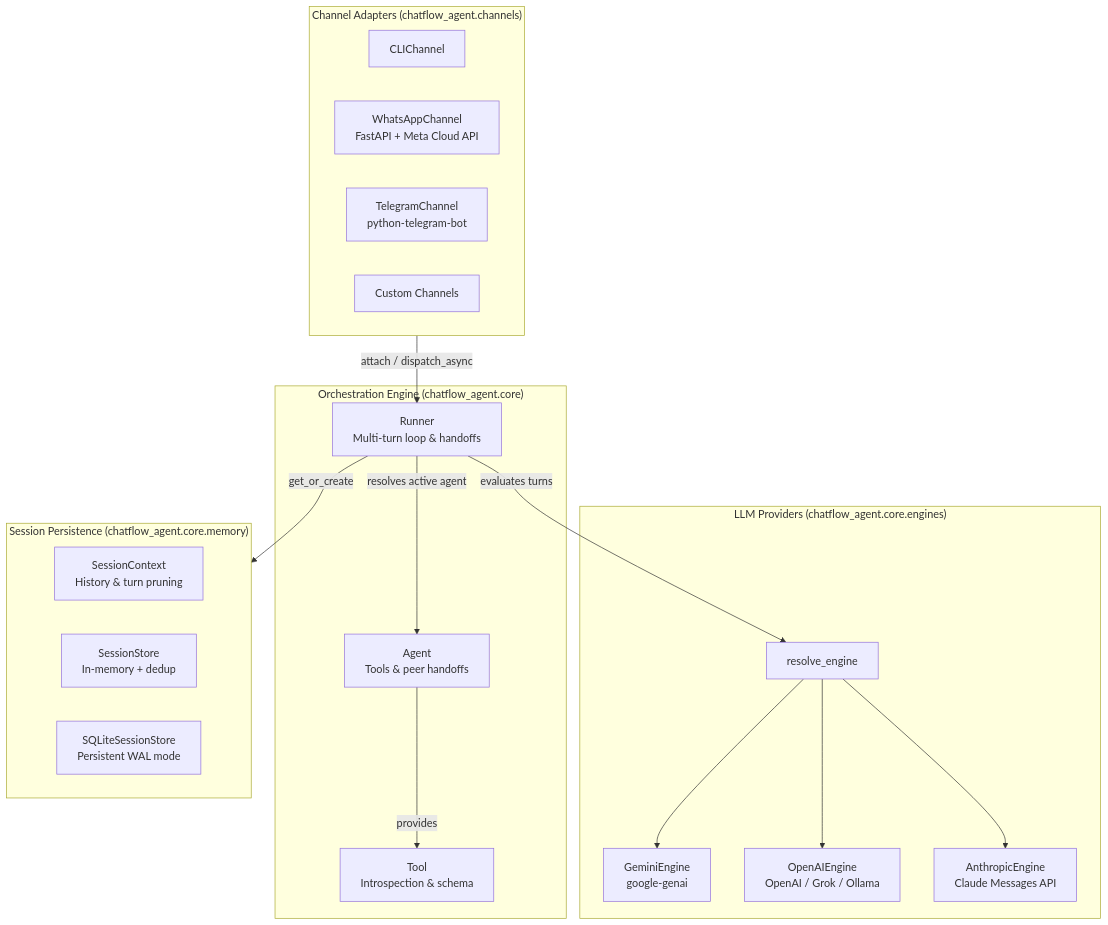
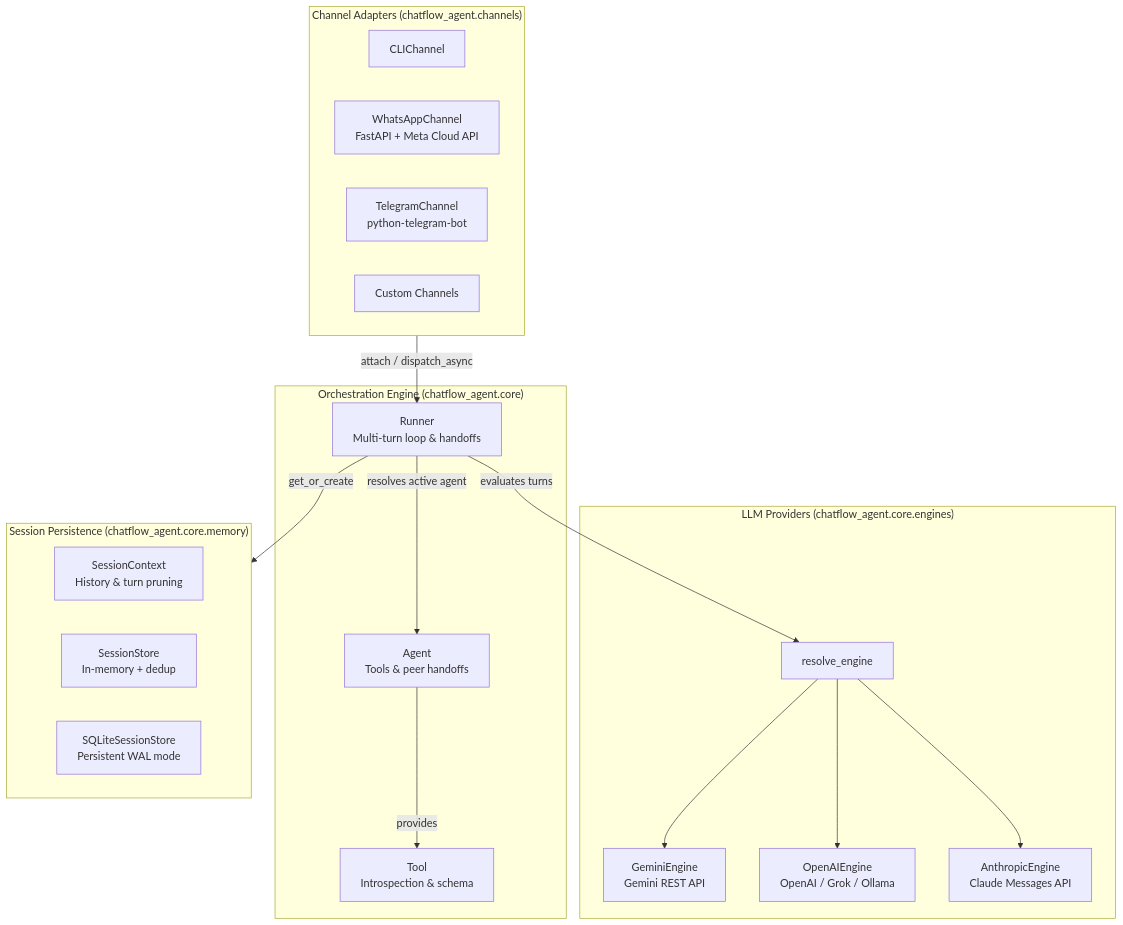
One commit to Aaqibhafeezkhan/chatflow-agent changed the first of 2 diagrams in docs/ARCHITECTURE.md. Above: the diagram before and after it, drawn with Mermaid. The commit also changed other lines of this file and 17 other files, not shown here.

First line of the commit message:
refactor(gemini)!: replace google-genai with native httpx REST client (#130)

````diff
--- a/docs/ARCHITECTURE.md
+++ b/docs/ARCHITECTURE.md
@@ -13,37 +13,37 @@
 ```mermaid
 graph TD
     subgraph Channels ["Channel Adapters (chatflow_agent.channels)"]
         CLI[CLIChannel]
         WA[WhatsAppChannel<br/>FastAPI + Meta Cloud API]
         TG[TelegramChannel<br/>python-telegram-bot]
         CustomChannel[Custom Channels]
     end
 
     subgraph Core ["Orchestration Engine (chatflow_agent.core)"]
         Runner[Runner<br/>Multi-turn loop & handoffs]
         Agent[Agent<br/>Tools & peer handoffs]
         Tool[Tool<br/>Introspection & schema]
     end
 
     subgraph Engines ["LLM Providers (chatflow_agent.core.engines)"]
         Factory[resolve_engine]
-        Gemini[GeminiEngine<br/>google-genai]
+        Gemini[GeminiEngine<br/>Gemini REST API]
         OpenAI[OpenAIEngine<br/>OpenAI / Grok / Ollama]
         Anthropic[AnthropicEngine<br/>Claude Messages API]
     end
 
     subgraph Memory ["Session Persistence (chatflow_agent.core.memory)"]
         Context[SessionContext<br/>History & turn pruning]
         MemStore[SessionStore<br/>In-memory + dedup]
         SQLStore[SQLiteSessionStore<br/>Persistent WAL mode]
     end
 
     Channels -->|attach / dispatch_async| Runner
     Runner -->|get_or_create| Memory
     Runner -->|resolves active agent| Agent
     Agent -->|provides| Tool
     Runner -->|evaluates turns| Factory
     Factory --> Gemini
     Factory --> OpenAI
     Factory --> Anthropic
 ```
````
